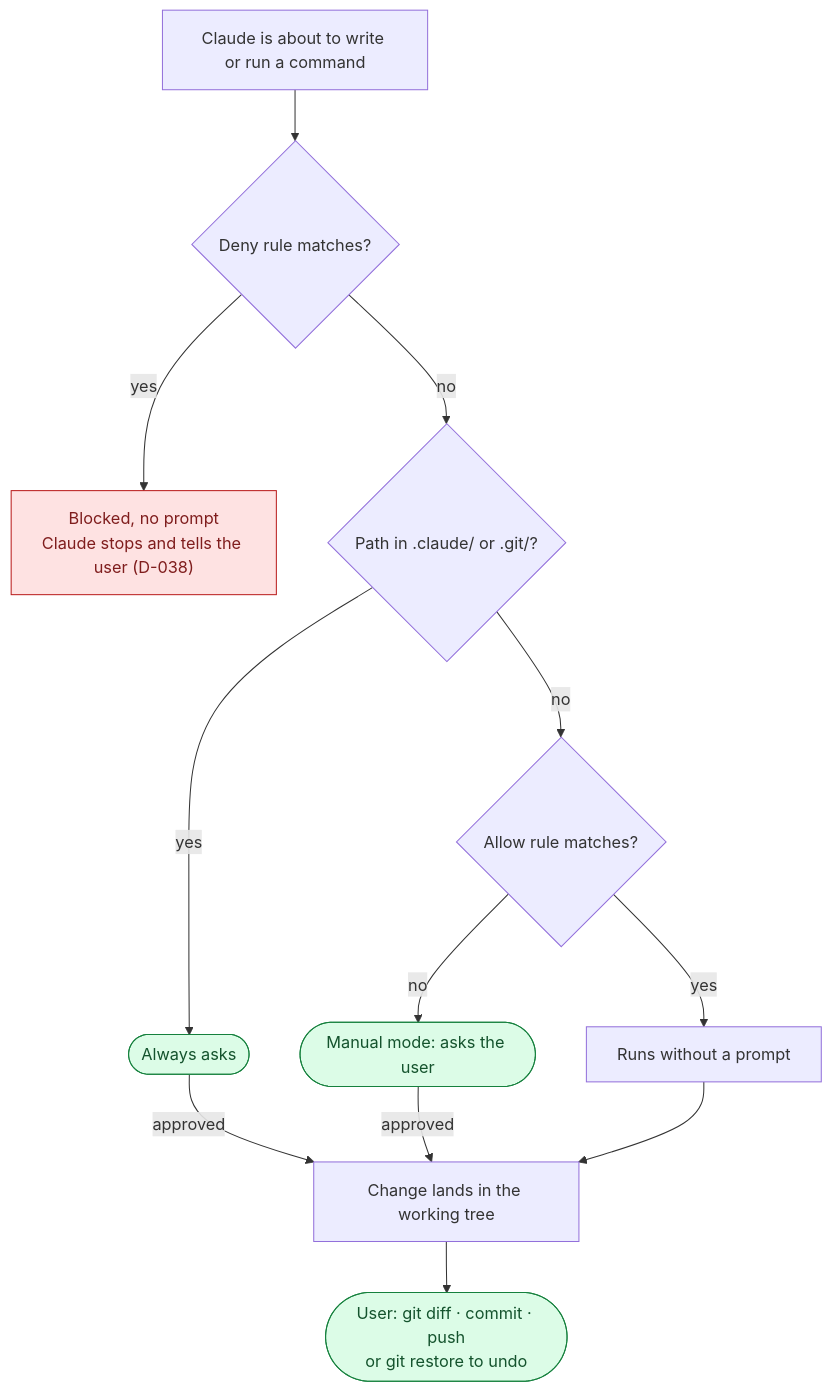
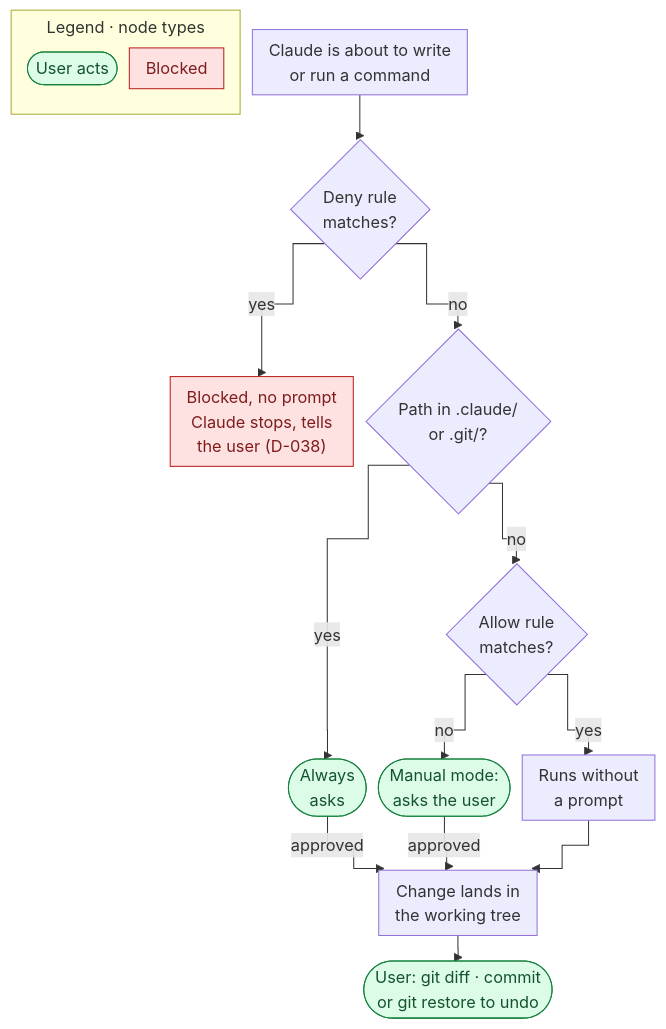
Before and after one commit to quocnguyen13/second-brain: diagram 13 of 16 in mine/projects/thinking-system/23 Product Requirements.md, drawn with Mermaid. The commit also changed other lines of this file and 5 other files, not shown here.

````diff
--- a/mine/projects/thinking-system/23 Product Requirements.md
+++ b/mine/projects/thinking-system/23 Product Requirements.md
@@ -770,18 +841,24 @@
 ```mermaid
+%%{init: {"flowchart": {"curve": "step", "useMaxWidth": true, "nodeSpacing": 12, "rankSpacing": 25, "padding": 8, "subGraphTitleMargin": {"top": 4, "bottom": 8}}}}%%
 flowchart TD
-    A["Claude is about to write or run a command"] --> B{"Deny rule matches?"}
-    B -->|"yes"| B1["Blocked, no prompt<br/>Claude stops and tells the user (D-038)"]
-    B -->|"no"| C{"Path in .claude/ or .git/?"}
-    C -->|"yes"| C1(["Always asks"])
-    C -->|"no"| D{"Allow rule matches?"}
-    D -->|"yes"| D1["Runs without a prompt"]
-    D -->|"no"| D2(["Manual mode: asks the user"])
+    subgraph LEG["Legend · node types"]
+        direction TB
+        L1(["User acts"]):::user
+        L2["Blocked"]:::stop
+    end
+    A["Claude is about to write<br/>or run a command"] --> B{"Deny rule<br/>matches?"}
+    B -->|"yes"| B1["Blocked, no prompt<br/>Claude stops, tells<br/>the user (D-038)"]
+    B -->|"no"| C{"Path in .claude/<br/>or .git/?"}
+    C -->|"yes"| C1(["Always<br/>asks"])
+    C -->|"no"| D{"Allow rule<br/>matches?"}
+    D -->|"yes"| D1["Runs without<br/>a prompt"]
+    D -->|"no"| D2(["Manual mode:<br/>asks the user"])
     C1 -->|"approved"| E
     D2 -->|"approved"| E
-    D1 --> E["Change lands in the working tree"]
-    E --> F(["User: git diff · commit · push<br/>or git restore to undo"])
+    D1 --> E["Change lands in<br/>the working tree"]
+    E --> F(["User: git diff · commit<br/>or git restore to undo"])
     classDef user fill:#dcfce7,stroke:#15803d,color:#14532d
     classDef stop fill:#fee2e2,stroke:#b91c1c,color:#7f1d1d
     class C1,D2,F user
     class B1 stop
 ```
````
